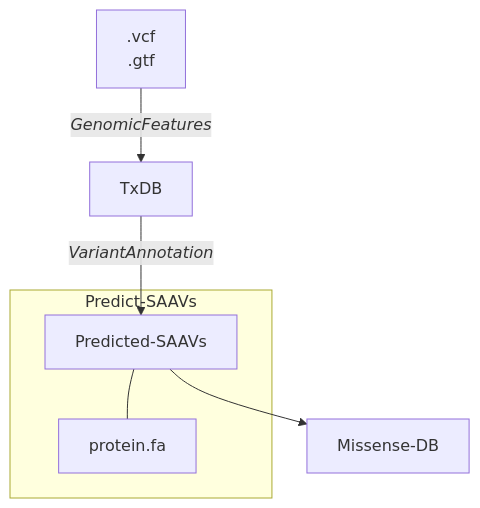
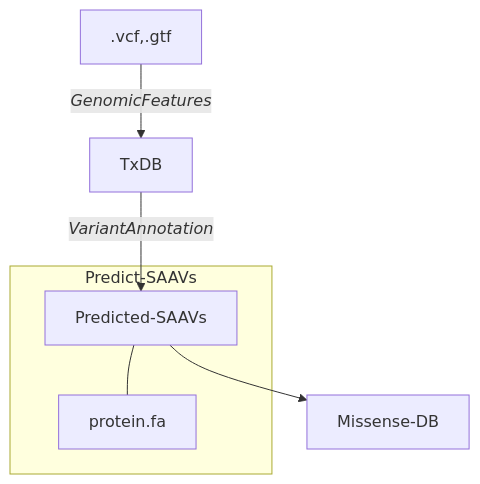
One commit to hdesai17/chemoproteogenomics changed the diagram in README.md. Above: the diagram before and after it, drawn with Mermaid.

````diff
--- a/README.md
+++ b/README.md
@@ -19,12 +19,10 @@
 ```mermaid
 
 flowchart TB;
-   newLines[.vcf
-   .gtf]
-   newLines-->|<i>GenomicFeatures<i>|TxDB
+   .vcf,.gtf-->|<i>GenomicFeatures<i>|TxDB
    TxDB-->|<i>VariantAnnotation<i>|Predicted-SAAVs
    subgraph Predict-SAAVs
    Predicted-SAAVs---protein.fa
    end
    Predicted-SAAVs-->Missense-DB;
 ```
````
